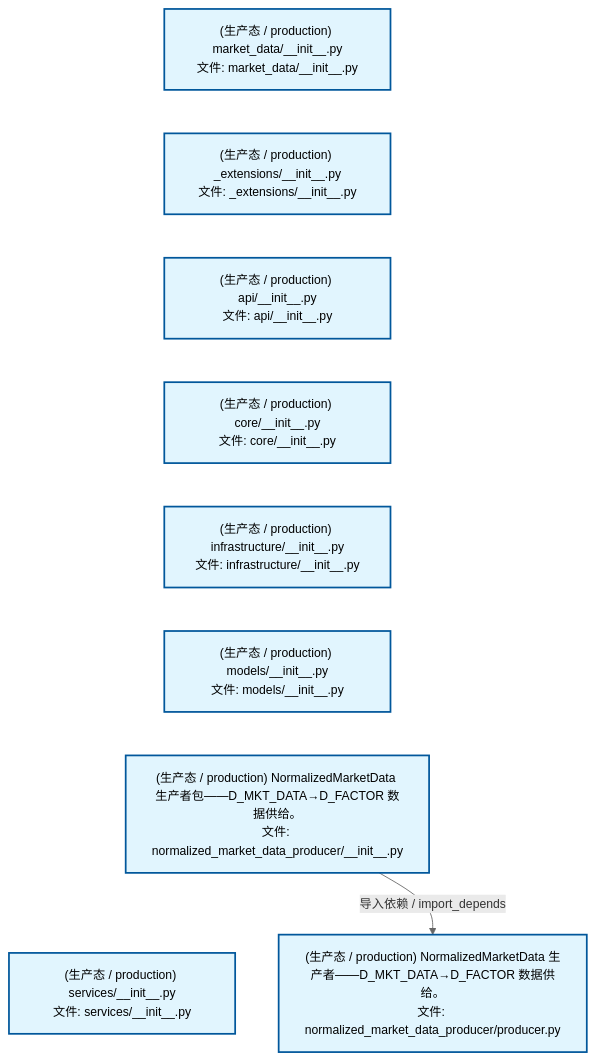
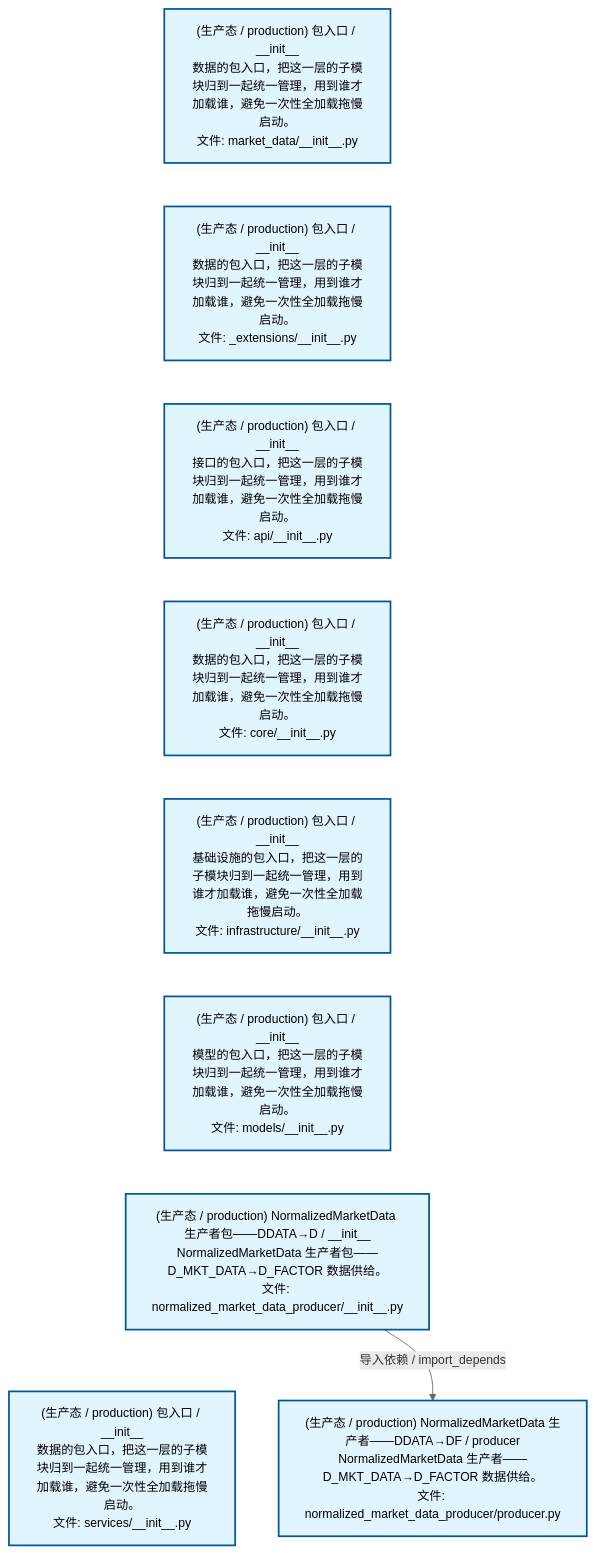
Before and after one commit to xuanFelixVan/ZephyrAlpha: the second of 4 diagrams in docs/02_enterprise_architecture/02_domain_architecture_docs/23_d_mkt_data.md, drawn with Mermaid. The commit also changed other lines of this file and 60 other files, not shown here.

````diff
--- a/docs/02_enterprise_architecture/02_domain_architecture_docs/23_d_mkt_data.md
+++ b/docs/02_enterprise_architecture/02_domain_architecture_docs/23_d_mkt_data.md
@@ -112,26 +112,26 @@
 ```mermaid
 %%{init: {'theme': 'base', 'themeVariables': {'primaryColor': '#eaeaea', 'primaryTextColor': '#333333', 'primaryBorderColor': '#666666', 'lineColor': '#666666', 'secondaryColor': '#eaeaea', 'tertiaryColor': '#eaeaea', 'fontSize': '14px'}}}%%
 flowchart TD
-    src_zephyr_market_data_init_py["(生产态 / production) market_data/__init__.py<br/>文件: market_data/__init__.py"]
-    src_zephyr_market_data_extensions_init_py["(生产态 / production) _extensions/__init__.py<br/>文件: _extensions/__init__.py"]
-    src_zephyr_market_data_api_init_py["(生产态 / production) api/__init__.py<br/>文件: api/__init__.py"]
-    src_zephyr_market_data_core_init_py["(生产态 / production) core/__init__.py<br/>文件: core/__init__.py"]
-    src_zephyr_market_data_infrastructure_init_py["(生产态 / production) infrastructure/__init__.py<br/>文件: infrastructure/__init__.py"]
-    src_zephyr_market_data_models_init_py["(生产态 / production) models/__init__.py<br/>文件: models/__init__.py"]
-    src_zephyr_market_data_normalized_market_data_producer_init_py["(生产态 / production) NormalizedMarketData 生产者包——D_MKT_DATA→D_FACTOR 数据供给。<br/>文件: normalized_market_data_producer/__init__.py"]
-    src_zephyr_market_data_services_init_py["(生产态 / production) services/__init__.py<br/>文件: services/__init__.py"]
+    src_zephyr_market_data_init_py["(生产态 / production) 包入口 / __init__<br/>数据的包入口，把这一层的子模块归到一起统一管理，用到谁才加载谁，避免一次性全加载拖慢启动。<br/>文件: market_data/__init__.py"]
+    src_zephyr_market_data_extensions_init_py["(生产态 / production) 包入口 / __init__<br/>数据的包入口，把这一层的子模块归到一起统一管理，用到谁才加载谁，避免一次性全加载拖慢启动。<br/>文件: _extensions/__init__.py"]
+    src_zephyr_market_data_api_init_py["(生产态 / production) 包入口 / __init__<br/>接口的包入口，把这一层的子模块归到一起统一管理，用到谁才加载谁，避免一次性全加载拖慢启动。<br/>文件: api/__init__.py"]
+    src_zephyr_market_data_core_init_py["(生产态 / production) 包入口 / __init__<br/>数据的包入口，把这一层的子模块归到一起统一管理，用到谁才加载谁，避免一次性全加载拖慢启动。<br/>文件: core/__init__.py"]
+    src_zephyr_market_data_infrastructure_init_py["(生产态 / production) 包入口 / __init__<br/>基础设施的包入口，把这一层的子模块归到一起统一管理，用到谁才加载谁，避免一次性全加载拖慢启动。<br/>文件: infrastructure/__init__.py"]
+    src_zephyr_market_data_models_init_py["(生产态 / production) 包入口 / __init__<br/>模型的包入口，把这一层的子模块归到一起统一管理，用到谁才加载谁，避免一次性全加载拖慢启动。<br/>文件: models/__init__.py"]
+    src_zephyr_market_data_normalized_market_data_producer_init_py["(生产态 / production) NormalizedMarketData 生产者包——DDATA→D / __init__<br/>NormalizedMarketData 生产者包——D_MKT_DATA→D_FACTOR 数据供给。<br/>文件: normalized_market_data_producer/__init__.py"]
+    src_zephyr_market_data_services_init_py["(生产态 / production) 包入口 / __init__<br/>数据的包入口，把这一层的子模块归到一起统一管理，用到谁才加载谁，避免一次性全加载拖慢启动。<br/>文件: services/__init__.py"]
     src_zephyr_market_data_init_py ~~~ src_zephyr_market_data_extensions_init_py
     src_zephyr_market_data_extensions_init_py ~~~ src_zephyr_market_data_api_init_py
     src_zephyr_market_data_api_init_py ~~~ src_zephyr_market_data_core_init_py
     src_zephyr_market_data_core_init_py ~~~ src_zephyr_market_data_infrastructure_init_py
     src_zephyr_market_data_infrastructure_init_py ~~~ src_zephyr_market_data_models_init_py
     src_zephyr_market_data_models_init_py ~~~ src_zephyr_market_data_normalized_market_data_producer_init_py
     src_zephyr_market_data_normalized_market_data_producer_init_py ~~~ src_zephyr_market_data_services_init_py
-    src_zephyr_market_data_normalized_market_data_producer_producer_py["(生产态 / production) NormalizedMarketData 生产者——D_MKT_DATA→D_FACTOR 数据供给。<br/>文件: normalized_market_data_producer/producer.py"]
+    src_zephyr_market_data_normalized_market_data_producer_producer_py["(生产态 / production) NormalizedMarketData 生产者——DDATA→DF / producer<br/>NormalizedMarketData 生产者——D_MKT_DATA→D_FACTOR 数据供给。<br/>文件: normalized_market_data_producer/producer.py"]
     src_zephyr_market_data_normalized_market_data_producer_init_py -->|导入依赖 / import_depends| src_zephyr_market_data_normalized_market_data_producer_producer_py
     classDef production fill:#e1f5fe,stroke:#01579b,stroke-width:2px,color:#000
     classDef design fill:#fff3e0,stroke:#e65100,stroke-width:2px,color:#000,stroke-dasharray: 5 5
     classDef external_prod fill:#e8f4fd,stroke:#0277bd,stroke-width:1px,color:#000
     classDef external_design fill:#fff8e7,stroke:#ef6c00,stroke-width:1px,color:#000,stroke-dasharray: 5 5
     class src_zephyr_market_data_init_py,src_zephyr_market_data_extensions_init_py,src_zephyr_market_data_api_init_py,src_zephyr_market_data_core_init_py,src_zephyr_market_data_infrastructure_init_py,src_zephyr_market_data_models_init_py,src_zephyr_market_data_normalized_market_data_producer_init_py,src_zephyr_market_data_normalized_market_data_producer_producer_py,src_zephyr_market_data_services_init_py production
 ```
````
